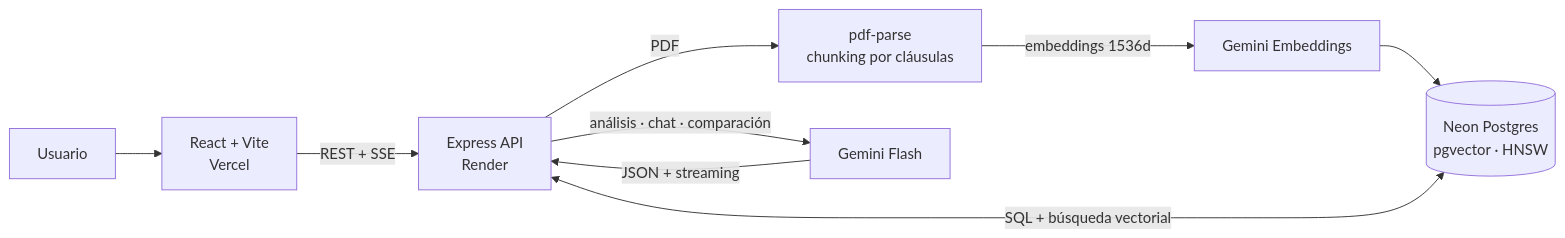
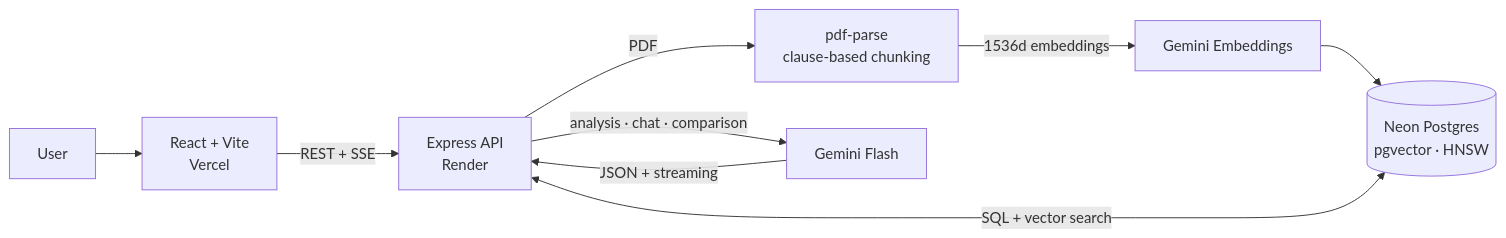
One commit to marwix127/ContractLens changed the diagram in README.md. Above: the diagram before and after it, drawn with Mermaid. The commit also changed other lines of this file and 1 other file, not shown here.

````diff
--- a/README.md
+++ b/README.md
@@ -46,11 +48,11 @@
 ```mermaid
 flowchart LR
-    U["Usuario"] --> FE["React + Vite<br/>Vercel"]
+    U["User"] --> FE["React + Vite<br/>Vercel"]
     FE -->|"REST + SSE"| API["Express API<br/>Render"]
-    API -->|"PDF"| EXT["pdf-parse<br/>chunking por cláusulas"]
-    EXT -->|"embeddings 1536d"| EMB["Gemini Embeddings"]
+    API -->|"PDF"| EXT["pdf-parse<br/>clause-based chunking"]
+    EXT -->|"1536d embeddings"| EMB["Gemini Embeddings"]
     EMB --> DB[("Neon Postgres<br/>pgvector · HNSW")]
-    API <-->|"SQL + búsqueda vectorial"| DB
-    API -->|"análisis · chat · comparación"| GEN["Gemini Flash"]
+    API <-->|"SQL + vector search"| DB
+    API -->|"analysis · chat · comparison"| GEN["Gemini Flash"]
     GEN -->|"JSON + streaming"| API
 ```
````
